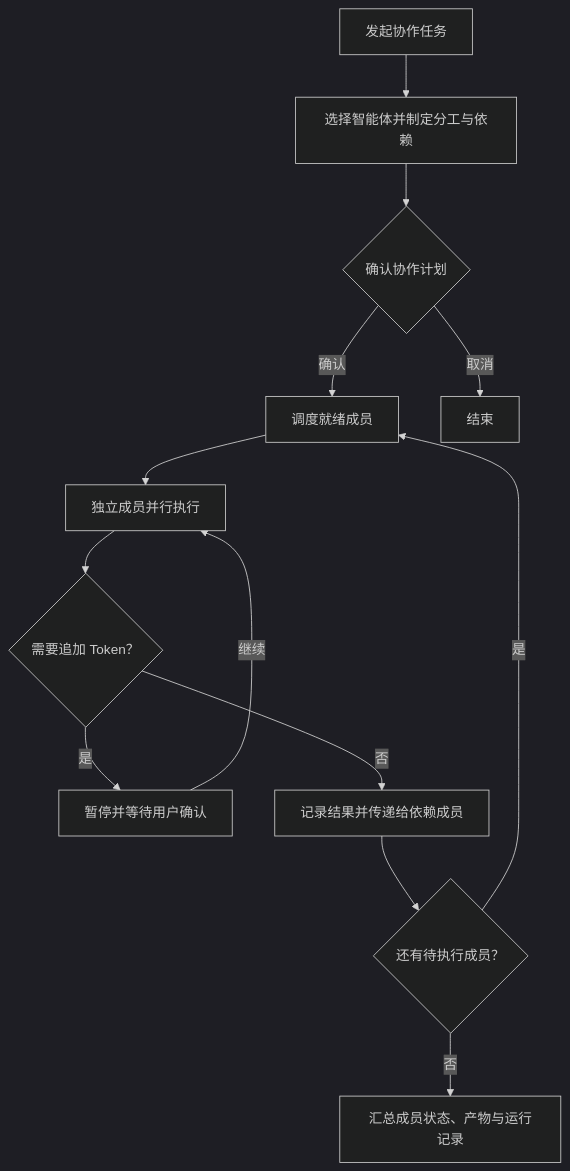
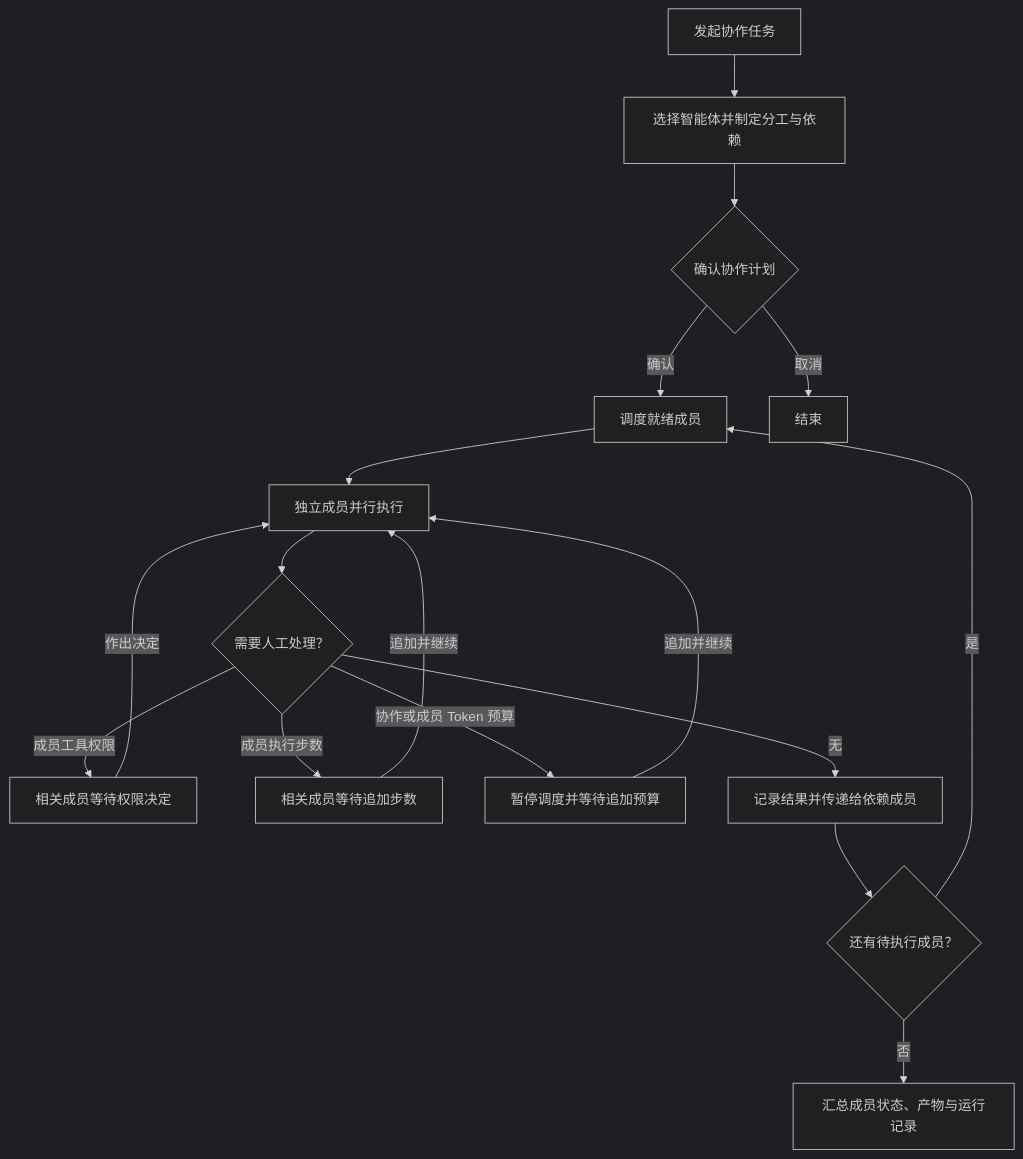
One commit to KiriAky107/OpenNexus changed the third of 5 diagrams in README.zh-CN.md. Above: the diagram before and after it, drawn with Mermaid (dark theme). The commit also changed other lines of this file and 1 other file, not shown here.

````diff
--- a/README.zh-CN.md
+++ b/README.zh-CN.md
@@ -150,16 +150,20 @@
 ```mermaid
 flowchart TD
     A["发起协作任务"] --> B["选择智能体并制定分工与依赖"]
     B --> C{"确认协作计划"}
     C -- 确认 --> D["调度就绪成员"]
     C -- 取消 --> X["结束"]
     D --> E["独立成员并行执行"]
-    E --> F{"需要追加 Token？"}
-    F -- 是 --> G["暂停并等待用户确认"]
-    G -- 继续 --> E
-    F -- 否 --> H["记录结果并传递给依赖成员"]
-    H --> I{"还有待执行成员？"}
-    I -- 是 --> D
-    I -- 否 --> J["汇总成员状态、产物与运行记录"]
+    E --> F{"需要人工处理？"}
+    F -- 成员工具权限 --> G["相关成员等待权限决定"]
+    F -- 成员执行步数 --> H["相关成员等待追加步数"]
+    F -- 协作或成员 Token 预算 --> I["暂停调度并等待追加预算"]
+    G -- 作出决定 --> E
+    H -- 追加并继续 --> E
+    I -- 追加并继续 --> E
+    F -- 无 --> J["记录结果并传递给依赖成员"]
+    J --> K{"还有待执行成员？"}
+    K -- 是 --> D
+    K -- 否 --> L["汇总成员状态、产物与运行记录"]
 
 ```
````
